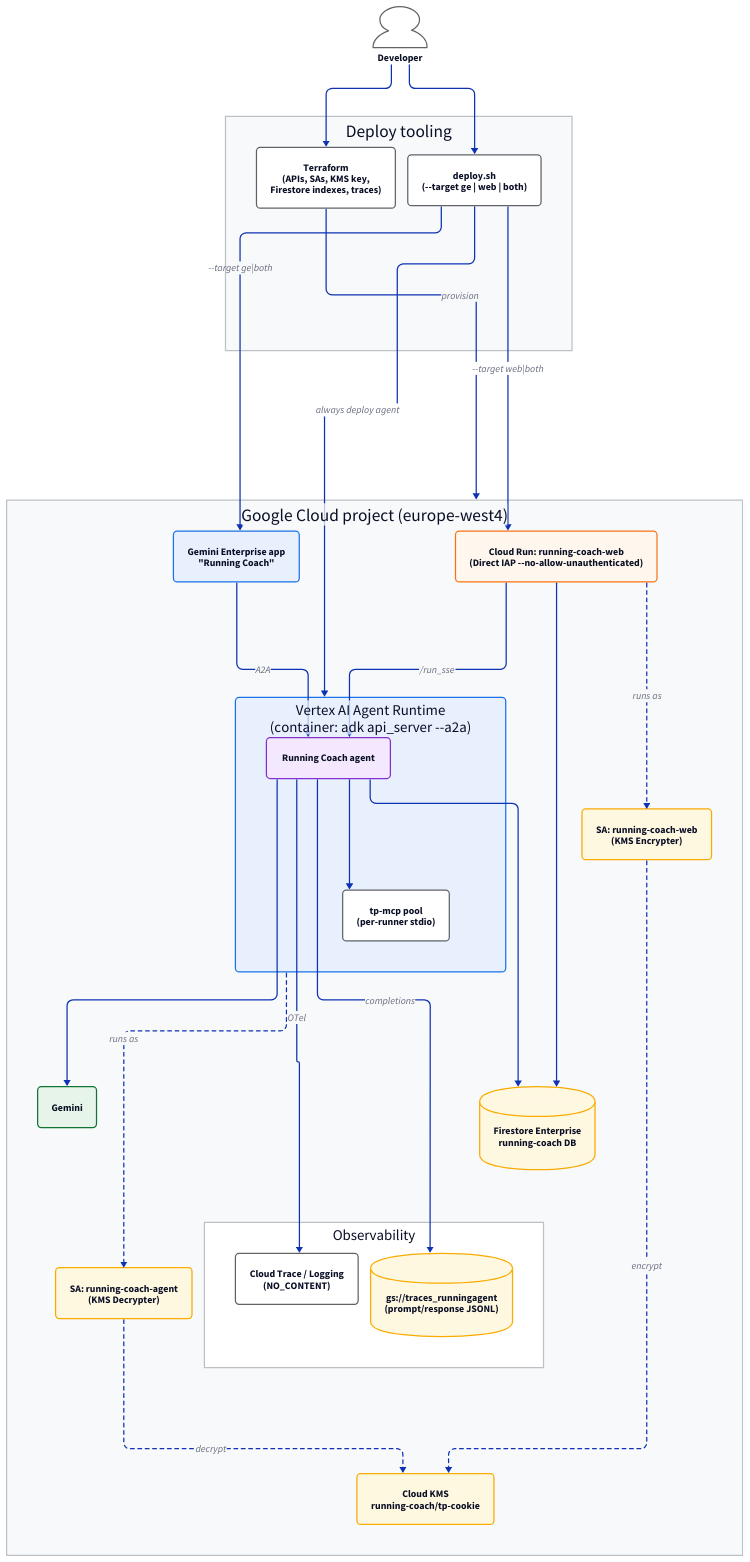
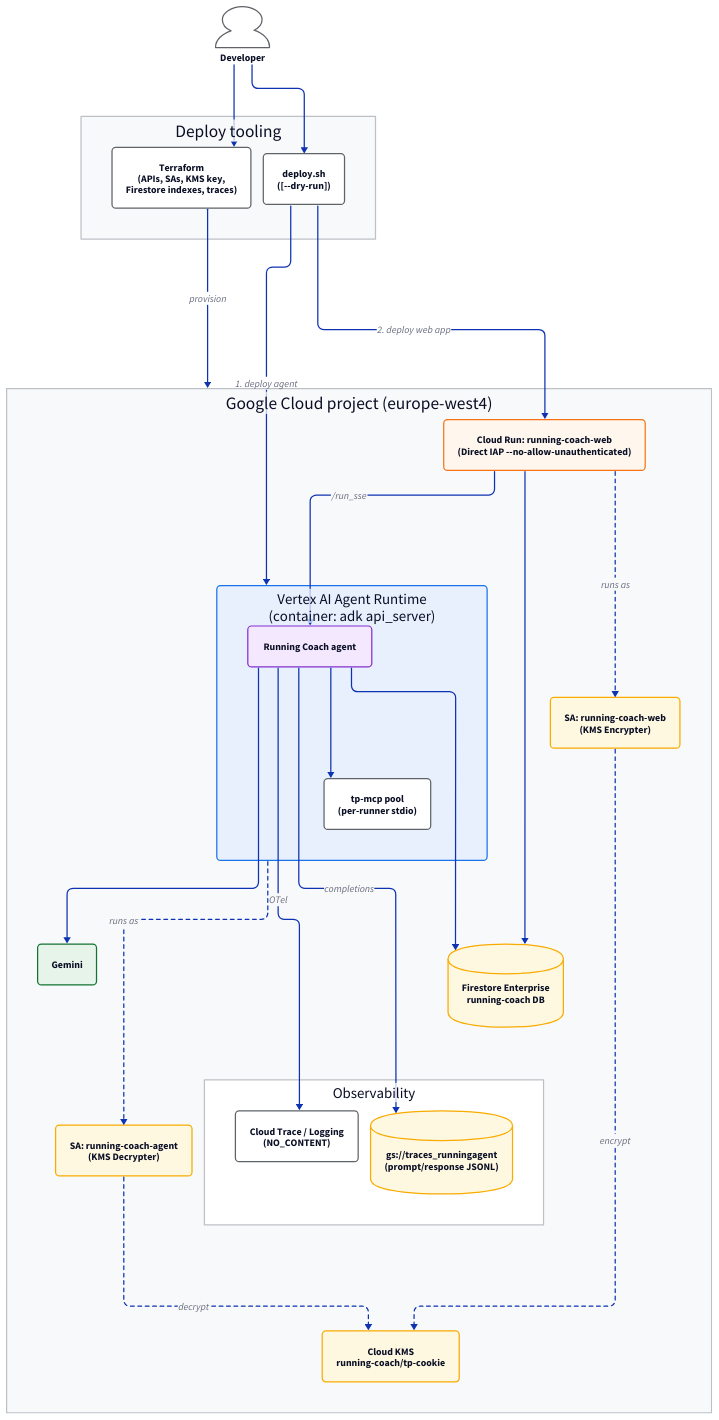
Before and after one commit to cy-visser/runningagent: the diagram in docs/diagrams/05_deployment.d2, drawn with D2. The commit also changed 11 other files, not shown here.

Commit message:
Phase 7: update docs and regenerate D2 architecture diagrams

```diff
--- a/docs/diagrams/05_deployment.d2
+++ b/docs/diagrams/05_deployment.d2
@@ -1,74 +1,71 @@
 direction: down
 
 vars: {
   d2-config: {
     layout-engine: elk
   }
 }
 
 classes: {
   person: {shape: person; style.fill: "#ffffff"; style.stroke: "#5f6368"}
   compute: {style.fill: "#e8f0fe"; style.stroke: "#1a73e8"; style.border-radius: 6}
   web: {style.fill: "#fff7ed"; style.stroke: "#f97316"; style.border-radius: 6}
   ai: {style.fill: "#e6f4ea"; style.stroke: "#137333"; style.border-radius: 6}
   sec: {style.fill: "#fff8e1"; style.stroke: "#f9ab00"; style.border-radius: 6}
   data: {shape: cylinder; style.fill: "#fff8e1"; style.stroke: "#f9ab00"}
   core: {style.fill: "#f3e8fd"; style.stroke: "#8430ce"; style.border-radius: 6; style.bold: true}
   tool: {style.fill: "#ffffff"; style.stroke: "#5f6368"; style.border-radius: 6}
 }
 
 dev: "Developer" {class: person}
 
 tooling: "Deploy tooling" {
   style.fill: "#f8f9fa"
   style.stroke: "#bdc1c6"
   tf: "Terraform\n(APIs, SAs, KMS key,\nFirestore indexes, traces)" {class: tool}
-  deploy: "deploy.sh\n(--target ge | web | both)" {class: tool}
+  deploy: "deploy.sh\n([--dry-run])" {class: tool}
 }
 
 gcp: "Google Cloud project (europe-west4)" {
   style.fill: "#f8f9fa"
   style.stroke: "#bdc1c6"
 
-  ge: "Gemini Enterprise app\n\"Running Coach\"" {class: compute}
   webapp: "Cloud Run: running-coach-web\n(Direct IAP --no-allow-unauthenticated)" {class: web}
 
-  runtime: "Vertex AI Agent Runtime\n(container: adk api_server --a2a)" {
+  runtime: "Vertex AI Agent Runtime\n(container: adk api_server)" {
     class: compute
     agent: "Running Coach agent" {class: core}
     mcp: "tp-mcp pool\n(per-runner stdio)" {class: tool}
     agent -> mcp
   }
 
   agent_sa: "SA: running-coach-agent\n(KMS Decrypter)" {class: sec}
   web_sa: "SA: running-coach-web\n(KMS Encrypter)" {class: sec}
   kms: "Cloud KMS\nrunning-coach/tp-cookie" {class: sec}
   gemini: "Gemini" {class: ai}
   firestore: "Firestore Enterprise\nrunning-coach DB" {class: data}
 
   telemetry: "Observability" {
     style.fill: "#ffffff"
     style.stroke: "#bdc1c6"
     trace: "Cloud Trace / Logging\n(NO_CONTENT)" {class: tool}
     gcs: "gs://traces_runningagent\n(prompt/response JSONL)" {class: data}
   }
 
-  ge -> runtime.agent: "A2A"
   webapp -> runtime.agent: "/run_sse"
   webapp -> web_sa: "runs as" {style.stroke-dash: 3}
   runtime -> agent_sa: "runs as" {style.stroke-dash: 3}
   web_sa -> kms: "encrypt" {style.stroke-dash: 3}
   agent_sa -> kms: "decrypt" {style.stroke-dash: 3}
   webapp -> firestore
   runtime.agent -> gemini
   runtime.agent -> firestore
   runtime.agent -> telemetry.trace: "OTel"
   runtime.agent -> telemetry.gcs: "completions"
 }
 
 dev -> tooling.tf
 dev -> tooling.deploy
 tooling.tf -> gcp: "provision"
-tooling.deploy -> gcp.runtime: "always deploy agent"
-tooling.deploy -> gcp.ge: "--target ge|both"
-tooling.deploy -> gcp.webapp: "--target web|both"
+tooling.deploy -> gcp.runtime: "1. deploy agent"
+tooling.deploy -> gcp.webapp: "2. deploy web app"
```
